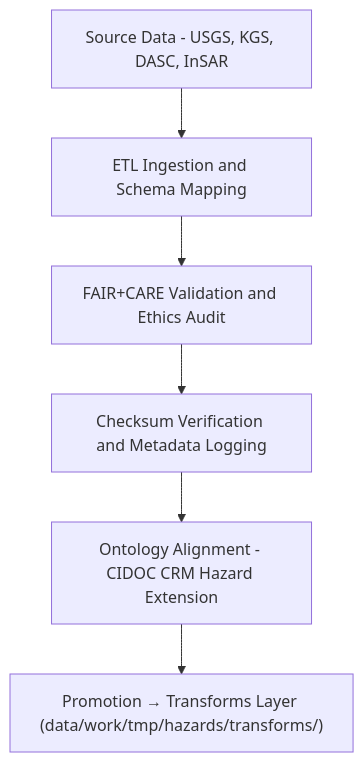
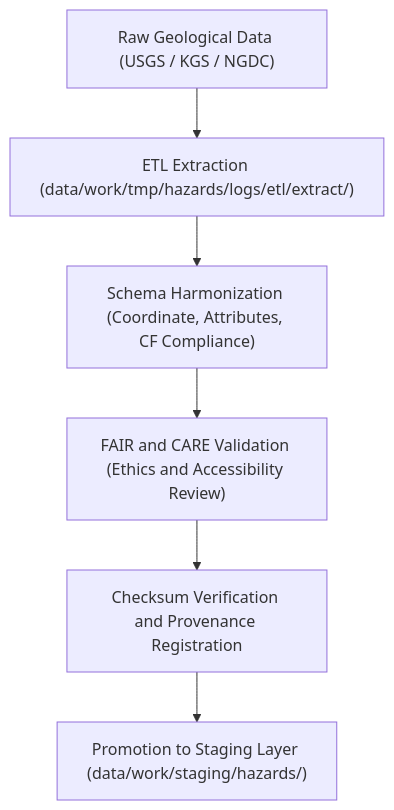
Before and after one commit to bartytime4life/Kansas-Frontier-Matrix: the diagram in data/work/tmp/hazards/datasets/geological/README.md, drawn with Mermaid. The commit also changed other lines of this file, not shown here.

````diff
--- a/data/work/tmp/hazards/datasets/geological/README.md
+++ b/data/work/tmp/hazards/datasets/geological/README.md
@@ -70,8 +68,8 @@
 ```mermaid
 flowchart TD
-    A["Source Data - USGS, KGS, DASC, InSAR"] --> B["ETL Ingestion and Schema Mapping"]
-    B --> C["FAIR+CARE Validation and Ethics Audit"]
-    C --> D["Checksum Verification and Metadata Logging"]
-    D --> E["Ontology Alignment - CIDOC CRM Hazard Extension"]
-    E --> F["Promotion → Transforms Layer (data/work/tmp/hazards/transforms/)"]
+    A["Raw Geological Data (USGS / KGS / NGDC)"] --> B["ETL Extraction (data/work/tmp/hazards/logs/etl/extract/)"]
+    B --> C["Schema Harmonization (Coordinate, Attributes, CF Compliance)"]
+    C --> D["FAIR and CARE Validation (Ethics and Accessibility Review)"]
+    D --> E["Checksum Verification and Provenance Registration"]
+    E --> F["Promotion to Staging Layer (data/work/staging/hazards/)"]
 ```
````
